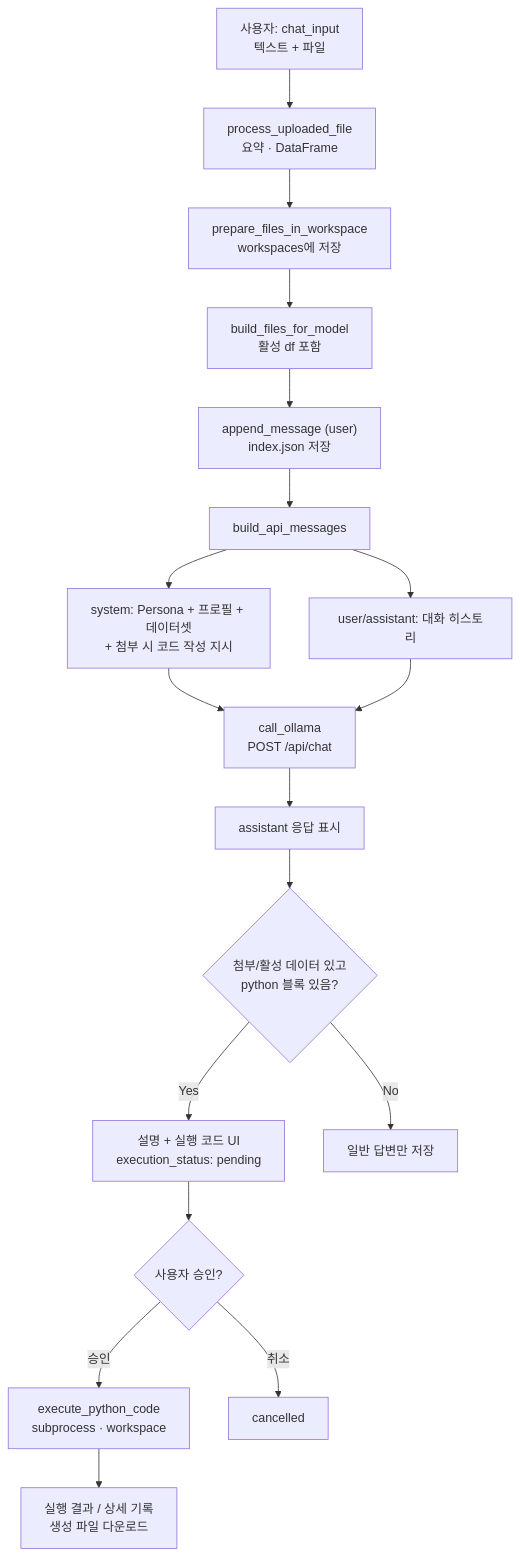
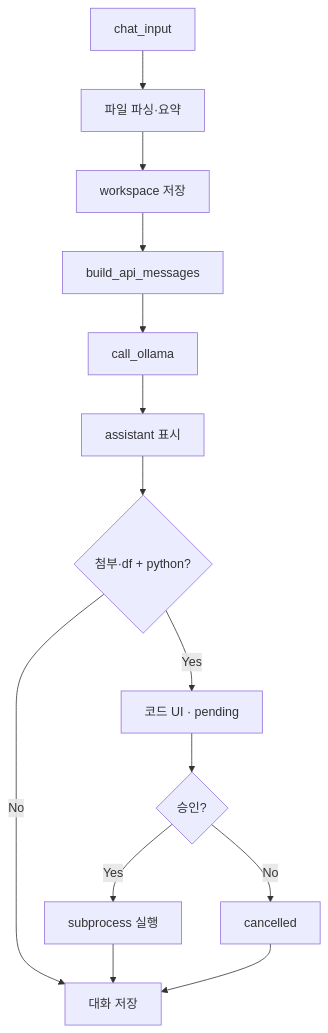
The fourth of 7 diagrams in README.md (sumin-ma-1/basic-sw-tech-sm), drawn with Mermaid before and after one commit. The commit also changed other lines of this file, not shown here.

````diff
--- a/README.md
+++ b/README.md
@@ -49,22 +120,16 @@
 ```mermaid
 flowchart TD
-    A["사용자: chat_input<br/>텍스트 + 파일"] --> B["process_uploaded_file<br/>요약 · DataFrame"]
-    B --> C["prepare_files_in_workspace<br/>workspaces에 저장"]
-    C --> D["build_files_for_model<br/>활성 df 포함"]
-    D --> E["append_message (user)<br/>index.json 저장"]
-
-    E --> F["build_api_messages"]
-    F --> F1["system: Persona + 프로필 + 데이터셋<br/>+ 첨부 시 코드 작성 지시"]
-    F --> F2["user/assistant: 대화 히스토리"]
-    F1 --> G["call_ollama<br/>POST /api/chat"]
-    F2 --> G
-
-    G --> H["assistant 응답 표시"]
-    H --> I{"첨부/활성 데이터 있고<br/>python 블록 있음?"}
-    I -->|Yes| J["설명 + 실행 코드 UI<br/>execution_status: pending"]
-    I -->|No| K["일반 답변만 저장"]
-    J --> L{"사용자 승인?"}
-    L -->|승인| M["execute_python_code<br/>subprocess · workspace"]
-    M --> N["실행 결과 / 상세 기록<br/>생성 파일 다운로드"]
-    L -->|취소| O["cancelled"]
+    IN["chat_input"] --> P1["파일 파싱·요약"]
+    P1 --> P2["workspace 저장"]
+    P2 --> P3["build_api_messages"]
+    P3 --> OL["call_ollama"]
+    OL --> OUT["assistant 표시"]
+    OUT --> Q{"첨부·df + python?"}
+    Q -->|No| SAVE["대화 저장"]
+    Q -->|Yes| UI["코드 UI · pending"]
+    UI --> AP{"승인?"}
+    AP -->|Yes| RUN["subprocess 실행"]
+    AP -->|No| CAN["cancelled"]
+    RUN --> SAVE
+    CAN --> SAVE
 ```
````
